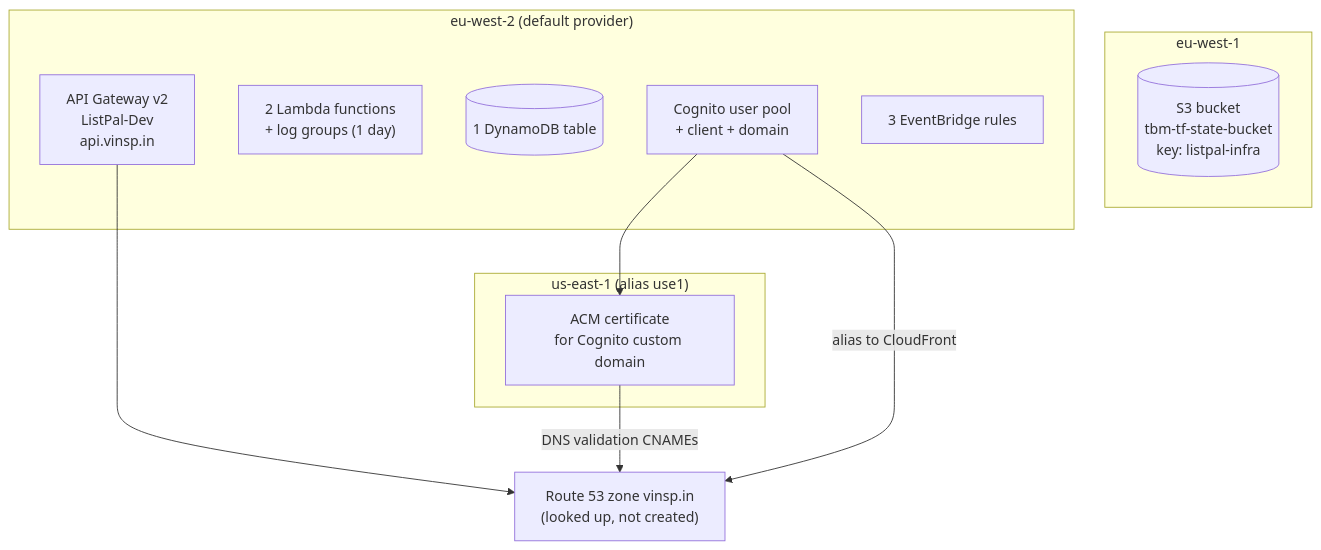
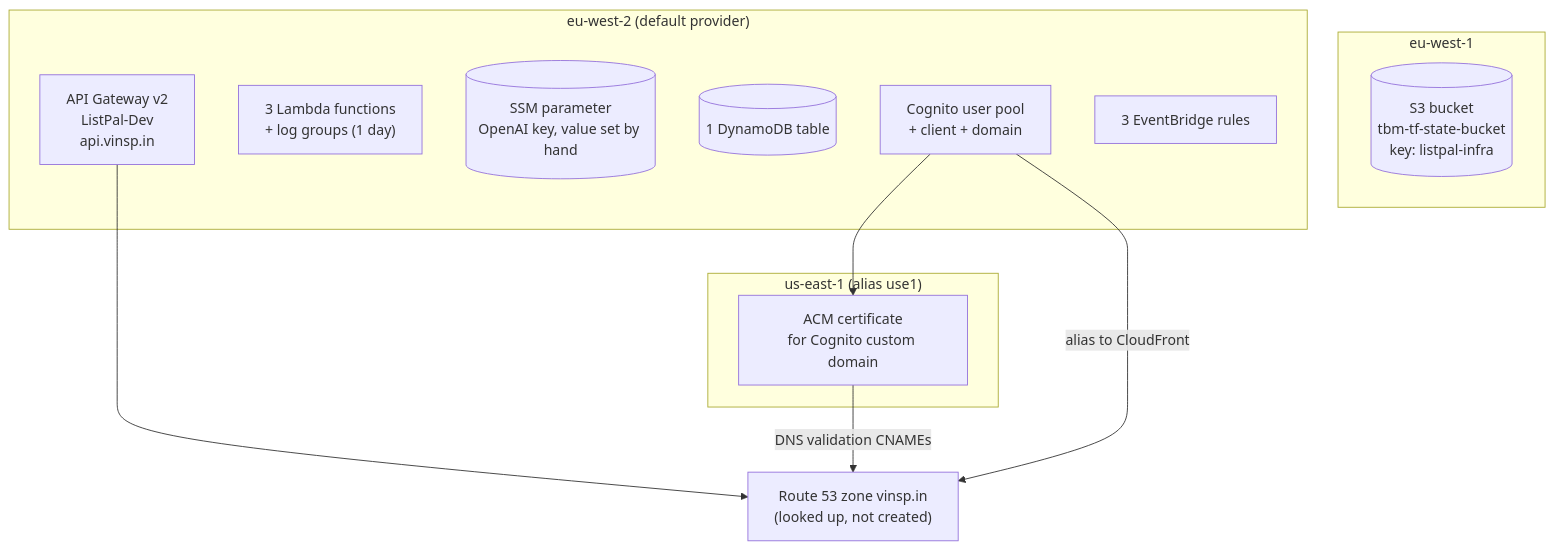
Before and after one commit to TomBenjaminMorris/listpal-backend: the ninth of 11 diagrams in ARCHITECTURE.md, drawn with Mermaid. The commit also changed other lines of this file and 6 other files, not shown here.

````diff
--- a/ARCHITECTURE.md
+++ b/ARCHITECTURE.md
@@ -371,25 +444,26 @@
 ```mermaid
 flowchart TB
     subgraph euw1["eu-west-1"]
         STATE[("S3 bucket<br/>tbm-tf-state-bucket<br/>key: listpal-infra")]
     end
 
     subgraph euw2["eu-west-2 (default provider)"]
         APIGW["API Gateway v2<br/>ListPal-Dev<br/>api.vinsp.in"]
-        L["2 Lambda functions<br/>+ log groups (1 day)"]
+        L["3 Lambda functions<br/>+ log groups (1 day)"]
+        SSMP[("SSM parameter<br/>OpenAI key, value set by hand")]
         DDB[("1 DynamoDB table")]
         COG["Cognito user pool<br/>+ client + domain"]
         EVB["3 EventBridge rules"]
     end
 
     subgraph use1["us-east-1 (alias use1)"]
         ACM["ACM certificate<br/>for Cognito custom domain"]
     end
 
     R53["Route 53 zone vinsp.in<br/>(looked up, not created)"]
 
     COG --> ACM
     COG -->|"alias to CloudFront"| R53
     APIGW --> R53
     ACM -->|"DNS validation CNAMEs"| R53
 ```
````
